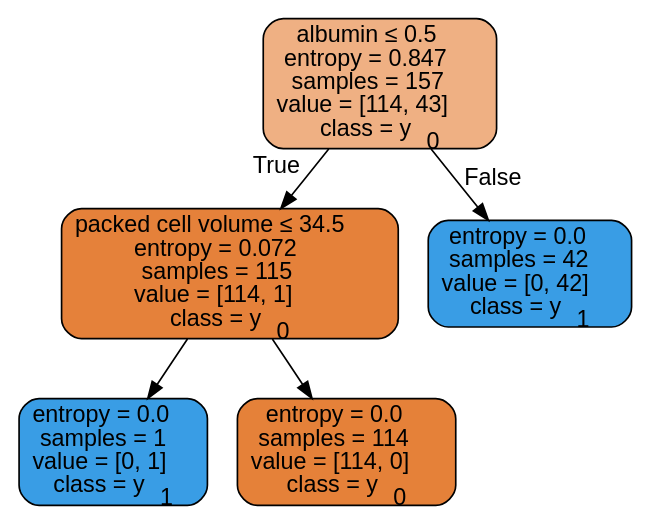
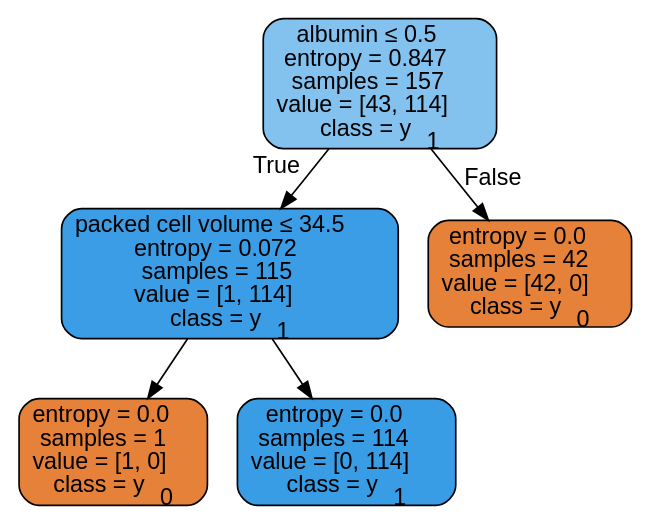
The diagram in Kidney_C45/Output/Tree_drop3.dot (henrique-hf/ICT4Health), drawn with Graphviz before and after one commit. The commit also changed 4 other files, not shown here.

```diff
--- a/Kidney_C45/Output/Tree_drop3.dot
+++ b/Kidney_C45/Output/Tree_drop3.dot
@@ -1,13 +1,13 @@
 digraph Tree {
 node [shape=box, style="filled, rounded", color="black", fontname=helvetica] ;
 edge [fontname=helvetica] ;
-0 [label=<albumin &le; 0.5<br/>entropy = 0.847<br/>samples = 157<br/>value = [114, 43]<br/>class = y<SUB>0</SUB>>, fillcolor="#e581399f"] ;
-1 [label=<packed cell volume &le; 34.5<br/>entropy = 0.072<br/>samples = 115<br/>value = [114, 1]<br/>class = y<SUB>0</SUB>>, fillcolor="#e58139fd"] ;
+0 [label=<albumin &le; 0.5<br/>entropy = 0.847<br/>samples = 157<br/>value = [43, 114]<br/>class = y<SUB>1</SUB>>, fillcolor="#399de59f"] ;
+1 [label=<packed cell volume &le; 34.5<br/>entropy = 0.072<br/>samples = 115<br/>value = [1, 114]<br/>class = y<SUB>1</SUB>>, fillcolor="#399de5fd"] ;
 0 -> 1 [labeldistance=2.5, labelangle=45, headlabel="True"] ;
-2 [label=<entropy = 0.0<br/>samples = 1<br/>value = [0, 1]<br/>class = y<SUB>1</SUB>>, fillcolor="#399de5ff"] ;
+2 [label=<entropy = 0.0<br/>samples = 1<br/>value = [1, 0]<br/>class = y<SUB>0</SUB>>, fillcolor="#e58139ff"] ;
 1 -> 2 ;
-3 [label=<entropy = 0.0<br/>samples = 114<br/>value = [114, 0]<br/>class = y<SUB>0</SUB>>, fillcolor="#e58139ff"] ;
+3 [label=<entropy = 0.0<br/>samples = 114<br/>value = [0, 114]<br/>class = y<SUB>1</SUB>>, fillcolor="#399de5ff"] ;
 1 -> 3 ;
-4 [label=<entropy = 0.0<br/>samples = 42<br/>value = [0, 42]<br/>class = y<SUB>1</SUB>>, fillcolor="#399de5ff"] ;
+4 [label=<entropy = 0.0<br/>samples = 42<br/>value = [42, 0]<br/>class = y<SUB>0</SUB>>, fillcolor="#e58139ff"] ;
 0 -> 4 [labeldistance=2.5, labelangle=-45, headlabel="False"] ;
 }
```
